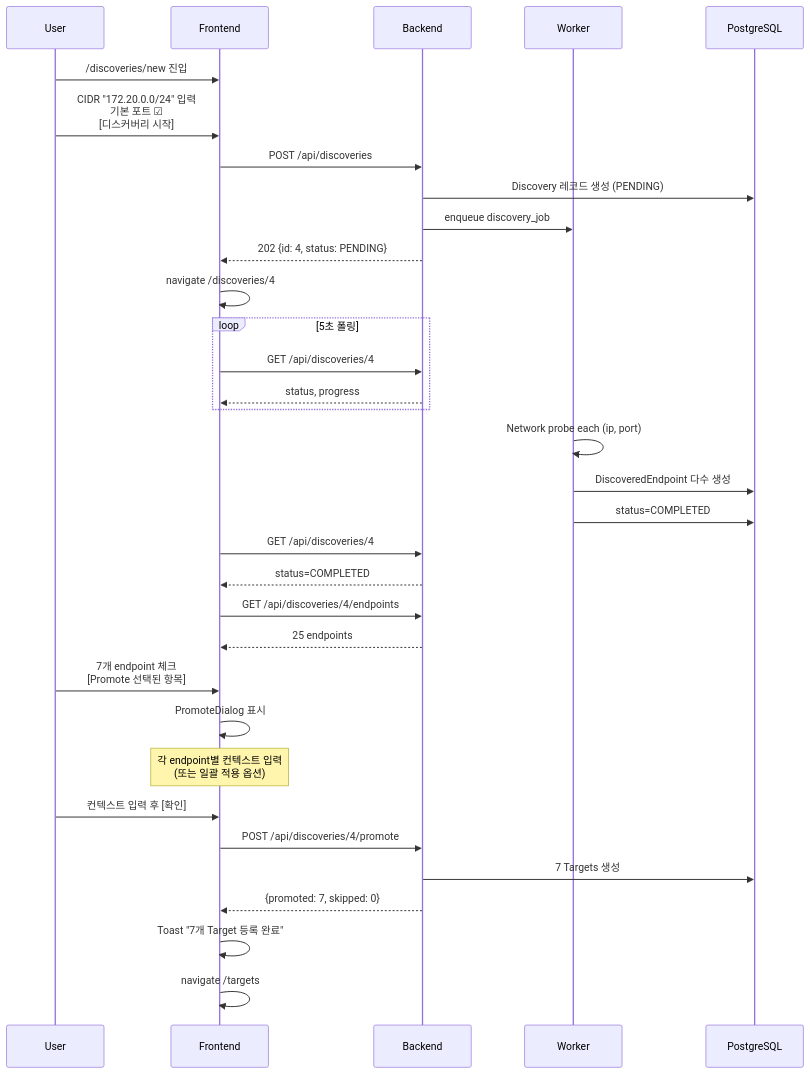
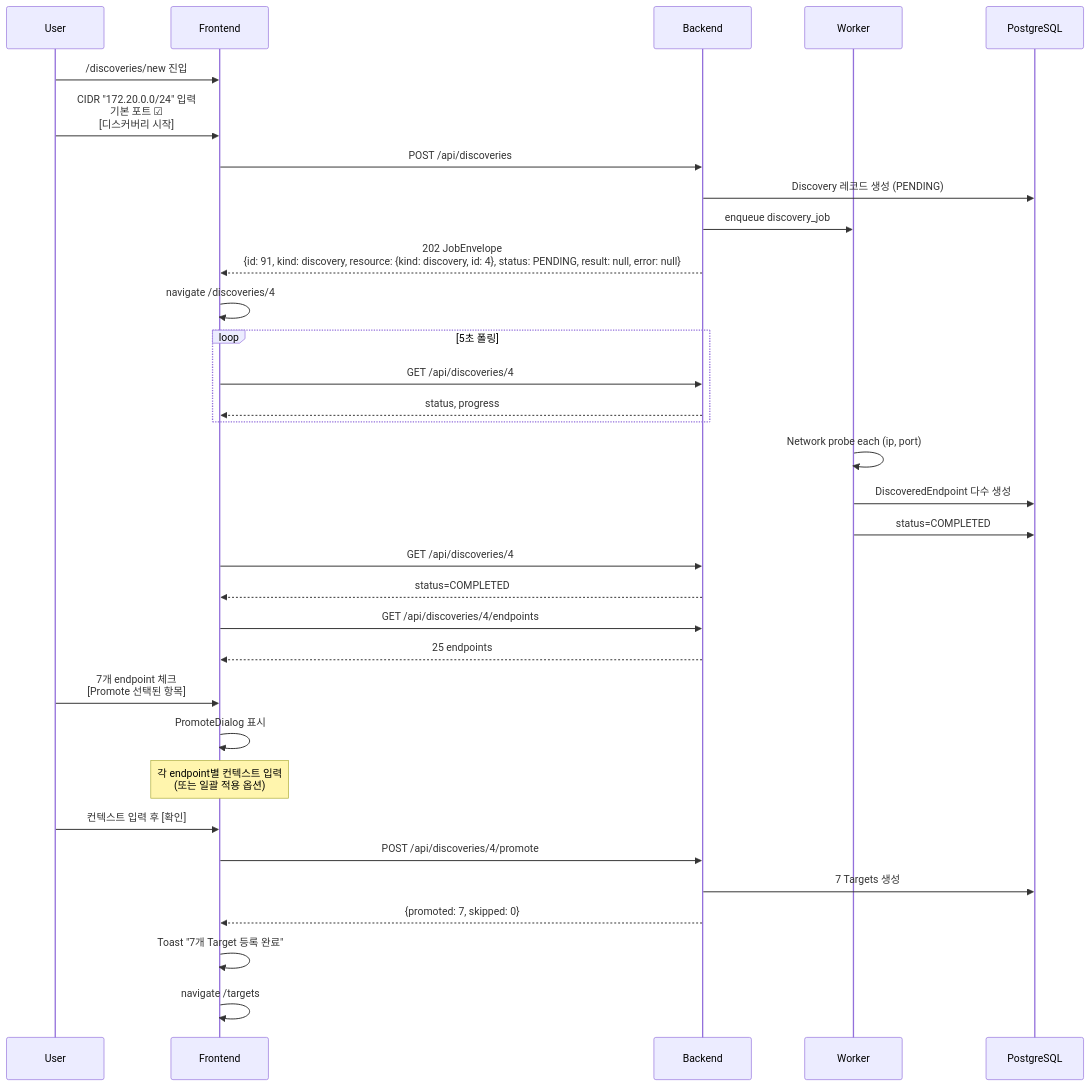
The second of 11 diagrams in docs/10-ux-flows.md (ehdgks0627/crypto-scanner), drawn with Mermaid before and after one commit. The commit also changed other lines of this file and 41 other files, not shown here.

````diff
--- a/docs/10-ux-flows.md
+++ b/docs/10-ux-flows.md
@@ -75,40 +75,40 @@
 ```mermaid
 sequenceDiagram
     participant U as User
     participant F as Frontend
     participant B as Backend
     participant W as Worker
     participant DB as PostgreSQL
 
     U->>F: /discoveries/new 진입
     U->>F: CIDR "172.20.0.0/24" 입력<br/>기본 포트 ☑<br/>[디스커버리 시작]
     F->>B: POST /api/discoveries
     B->>DB: Discovery 레코드 생성 (PENDING)
     B->>W: enqueue discovery_job
-    B-->>F: 202 {id: 4, status: PENDING}
+    B-->>F: 202 JobEnvelope<br/>{id: 91, kind: discovery, resource: {kind: discovery, id: 4}, status: PENDING, result: null, error: null}
     F->>F: navigate /discoveries/4
 
     loop 5초 폴링
         F->>B: GET /api/discoveries/4
         B-->>F: status, progress
     end
 
     W->>W: Network probe each (ip, port)
     W->>DB: DiscoveredEndpoint 다수 생성
     W->>DB: status=COMPLETED
 
     F->>B: GET /api/discoveries/4
     B-->>F: status=COMPLETED
     F->>B: GET /api/discoveries/4/endpoints
     B-->>F: 25 endpoints
 
     U->>F: 7개 endpoint 체크<br/>[Promote 선택된 항목]
     F->>F: PromoteDialog 표시
     Note over F: 각 endpoint별 컨텍스트 입력<br/>(또는 일괄 적용 옵션)
     U->>F: 컨텍스트 입력 후 [확인]
     F->>B: POST /api/discoveries/4/promote
     B->>DB: 7 Targets 생성
     B-->>F: {promoted: 7, skipped: 0}
     F->>F: Toast "7개 Target 등록 완료"
     F->>F: navigate /targets
 ```
````
